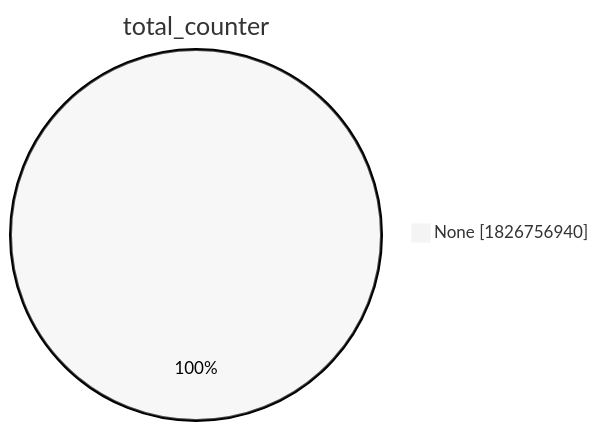
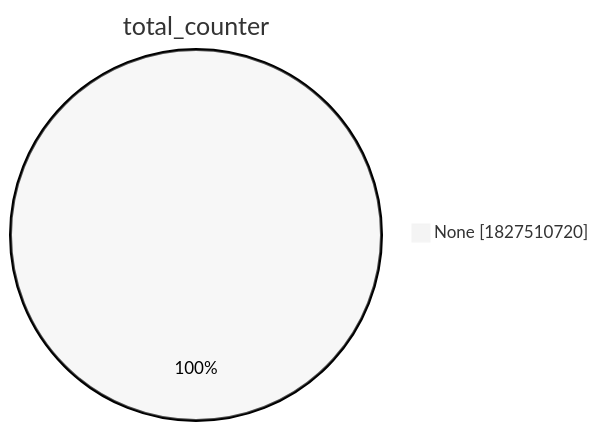
Before and after one commit to christiankrug/ctmonitor_visualization: the second of 15 diagrams in xenon2022/README.md, drawn with Mermaid (neutral theme). The commit also changed other lines of this file, not shown here.

````diff
--- a/xenon2022/README.md
+++ b/xenon2022/README.md
@@ -9,5 +9,5 @@
 ```mermaid
 pie showData
 title total_counter
-"None" :1826756940
+"None" :1827510720
 ```
````
